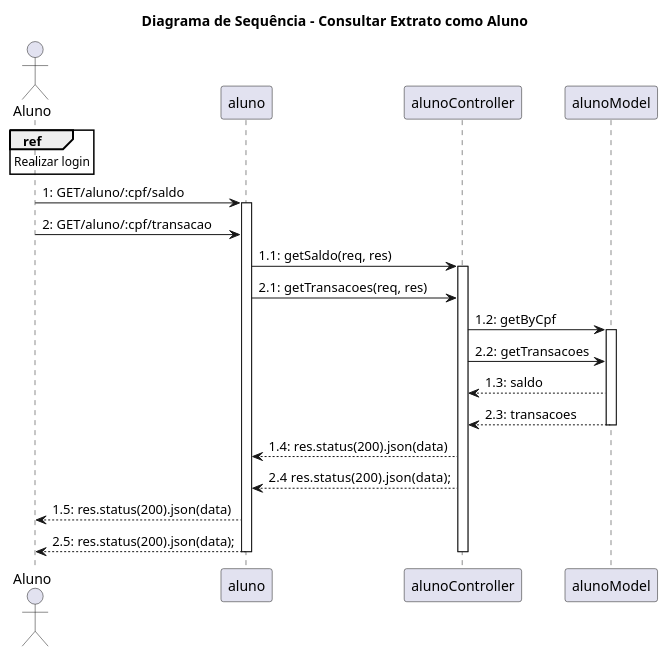
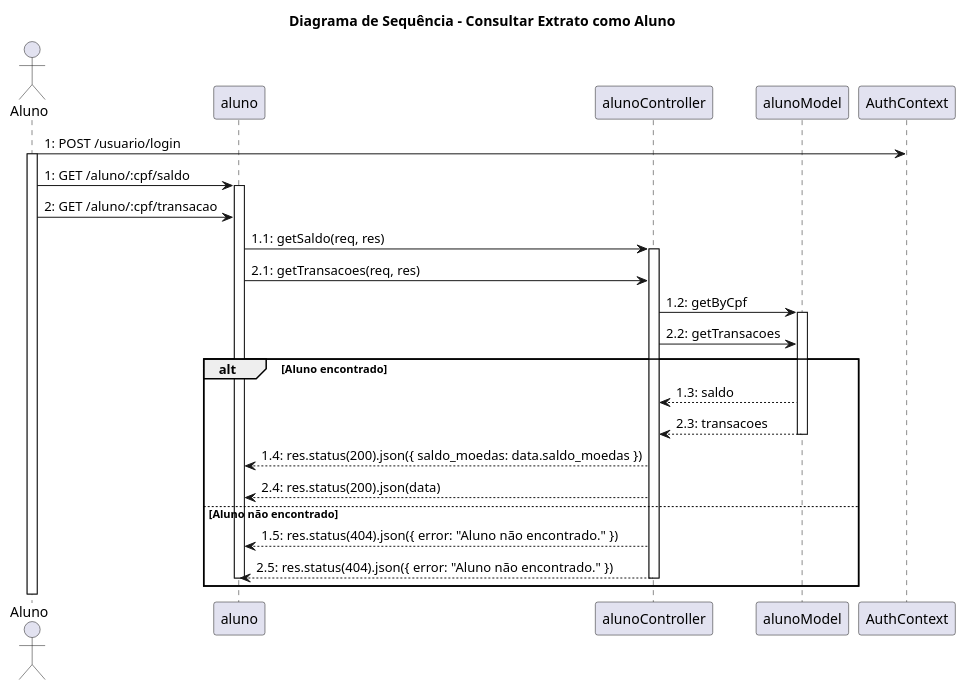
The diagram in laboratorio3/projeto/diagramaDeSequencia/consultaExtrato/diagConsultaextratoAluno.wsd (mmhqs/lab-desenvolvimento-software), drawn with PlantUML before and after one commit. The commit also changed 1 other file, not shown here.

Commit message:
diagrama de consultas de extratos corrigidos

```diff
--- a/laboratorio3/projeto/diagramaDeSequencia/consultaExtrato/diagConsultaextratoAluno.wsd
+++ b/laboratorio3/projeto/diagramaDeSequencia/consultaExtrato/diagConsultaextratoAluno.wsd
@@ -1,35 +1,43 @@
 @startuml
 title Diagrama de Sequência - Consultar Extrato como Aluno
+
 actor "Aluno" as Aluno
-
 participant "aluno" as Routes
 participant "alunoController" as Controller
 participant "alunoModel" as Model
+participant "AuthContext" as Auth
 
-ref over Aluno: Realizar login
+' login
+Aluno -> Auth: 1: POST /usuario/login
+activate Aluno
 
-' 1. Ver Extrato
-Aluno -> Routes: 1: GET/aluno/:cpf/saldo
+' requisição do saldo e das transações
+Aluno -> Routes: 1: GET /aluno/:cpf/saldo
 activate Routes
-Aluno -> Routes: 2: GET/aluno/:cpf/transacao
+Aluno -> Routes: 2: GET /aluno/:cpf/transacao
 
 Routes -> Controller: 1.1: getSaldo(req, res)
 activate Controller
 Routes -> Controller: 2.1: getTransacoes(req, res)
 
 Controller -> Model: 1.2: getByCpf
 activate Model
 Controller -> Model: 2.2: getTransacoes
 
-Model --> Controller: 1.3: saldo
-Model --> Controller: 2.3: transacoes
+' agrupamento de sucesso/falha de saldo e transações
+alt Aluno encontrado
+    Model --> Controller: 1.3: saldo    
+    Model --> Controller: 2.3: transacoes
+    deactivate Model
+    Controller --> Routes: 1.4: res.status(200).json({ saldo_moedas: data.saldo_moedas })
+    Controller --> Routes: 2.4: res.status(200).json(data)
+    
 
-deactivate Model
-Controller --> Routes: 1.4: res.status(200).json(data)
-Controller --> Routes: 2.4  res.status(200).json(data);
+else Aluno não encontrado
+    Controller --> Routes: 1.5: res.status(404).json({ error: "Aluno não encontrado." })
+    Controller --> Routes: 2.5: res.status(404).json({ error: "Aluno não encontrado." })
+    deactivate Controller
+    deactivate Routes
+end alt
 
-Routes --> Aluno: 1.5: res.status(200).json(data)
-Routes --> Aluno: 2.5: res.status(200).json(data);
-deactivate Controller
-deactivate Routes
 @enduml
```
